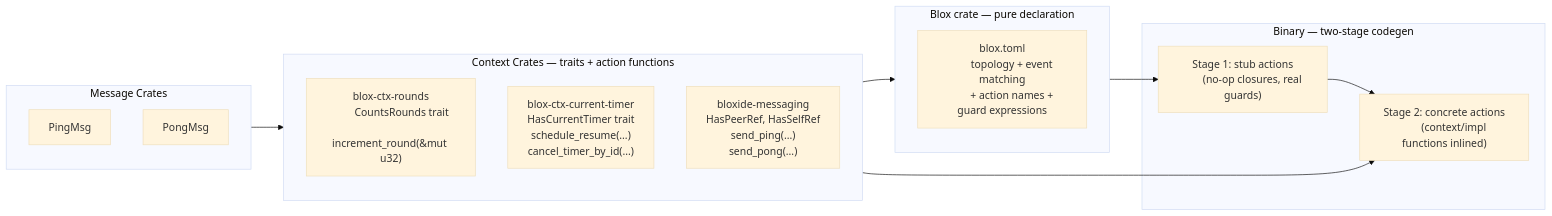
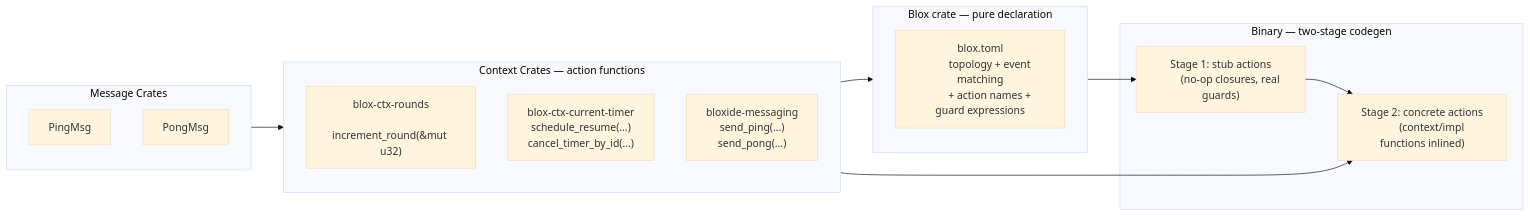
Before and after one commit to bloxide-com/bloxide: the diagram in spec/architecture/06-actions.md, drawn with Mermaid (base theme). The commit also changed 10 other files, not shown here.

````diff
--- a/spec/architecture/06-actions.md
+++ b/spec/architecture/06-actions.md
@@ -19,40 +19,37 @@
 ```mermaid
 flowchart LR
     subgraph msg_crates [Message Crates]
         PingMsg
         PongMsg
     end
 
-    subgraph ctx_crates [Context Crates — traits + action functions]
+    subgraph ctx_crates [Context Crates — action functions]
         Rounds["blox-ctx-rounds
-        CountsRounds trait
         increment_round(&mut u32)"]
         Timer["blox-ctx-current-timer
-        HasCurrentTimer trait
         schedule_resume(...)
         cancel_timer_by_id(...)"]
         Msg["bloxide-messaging
-        HasPeerRef, HasSelfRef
         send_ping(...)
         send_pong(...)"]
     end
 
     subgraph blox [Blox crate — pure declaration]
         Topology["blox.toml
         topology + event matching
         + action names + guard expressions"]
     end
 
     subgraph binary [Binary — two-stage codegen]
         Stubs["Stage 1: stub actions
         (no-op closures, real guards)"]
         Concrete["Stage 2: concrete actions
         (context/impl functions inlined)"]
     end
 
     msg_crates --> ctx_crates
     ctx_crates --> blox
     blox --> Stubs
     ctx_crates --> Concrete
     Stubs --> Concrete
 ```
````
